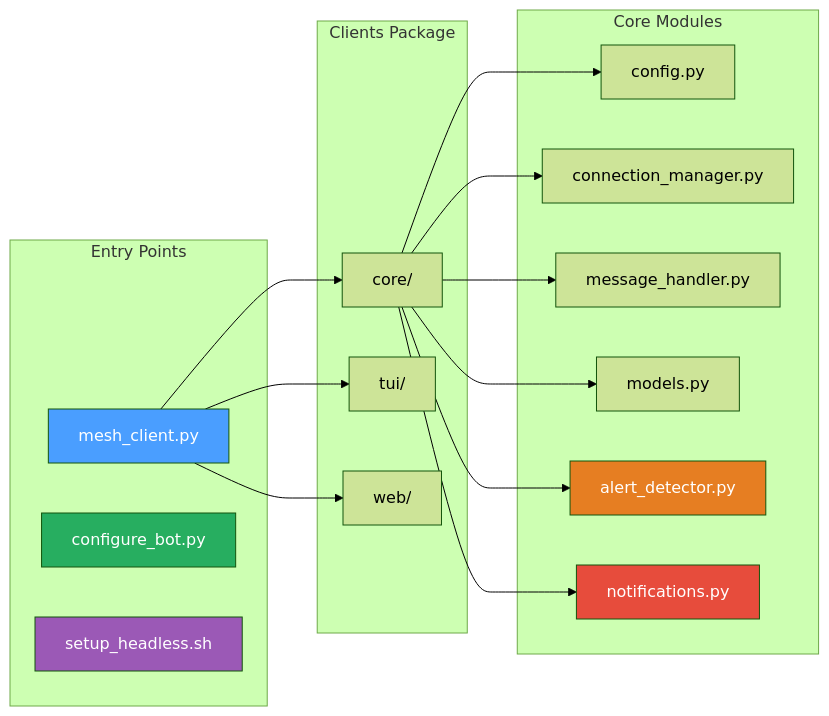
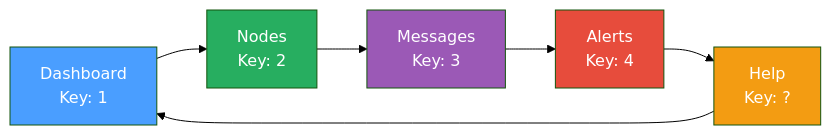
One commit to Nursedude/meshing_around_meshforge changed the fourth of 4 diagrams in README.md. Above: the diagram before and after it, drawn with Mermaid (forest theme). The commit also changed other lines of this file and 9 other files, not shown here.

````diff
--- a/README.md
+++ b/README.md
@@ -352,39 +205,14 @@
 ```mermaid
 graph LR
-    subgraph "Entry Points"
-        A[mesh_client.py]
-        B[configure_bot.py]
-        C[setup_headless.sh]
-    end
+    D[Dashboard<br/>Key: 1] --> N[Nodes<br/>Key: 2]
+    N --> M[Messages<br/>Key: 3]
+    M --> A[Alerts<br/>Key: 4]
+    A --> H[Help<br/>Key: ?]
+    H --> D
 
-    subgraph "Clients Package"
-        D[core/]
-        E[tui/]
-        F[web/]
-    end
-
-    subgraph "Core Modules"
-        G[config.py]
-        H[connection_manager.py]
-        I[message_handler.py]
-        J[models.py]
-        K[alert_detector.py]
-        L[notifications.py]
-    end
-
-    A --> D
-    A --> E
-    A --> F
-    D --> G
-    D --> H
-    D --> I
-    D --> J
-    D --> K
-    D --> L
-
-    style A fill:#4a9eff,color:#fff
-    style B fill:#27ae60,color:#fff
-    style C fill:#9b59b6,color:#fff
-    style K fill:#e67e22,color:#fff
-    style L fill:#e74c3c,color:#fff
+    style D fill:#4a9eff,color:#fff
+    style N fill:#27ae60,color:#fff
+    style M fill:#9b59b6,color:#fff
+    style A fill:#e74c3c,color:#fff
+    style H fill:#f39c12,color:#fff
 ```
````
